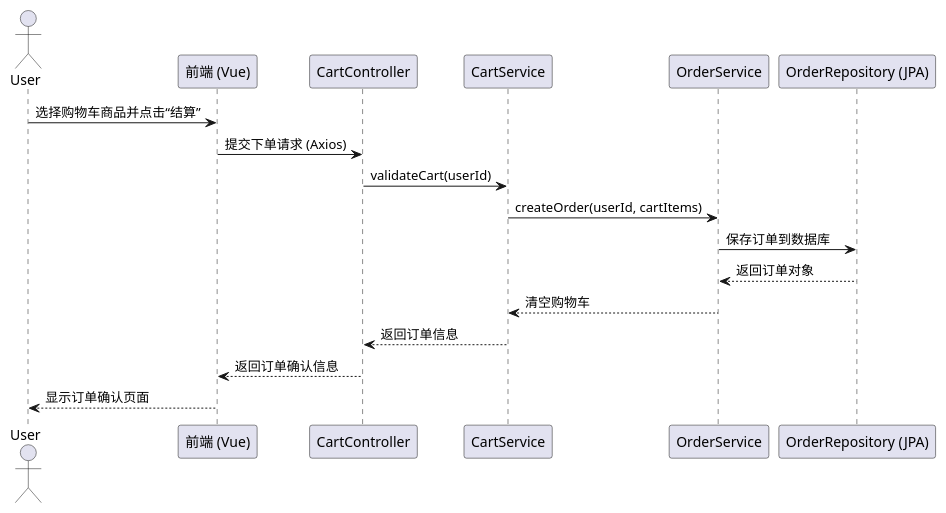
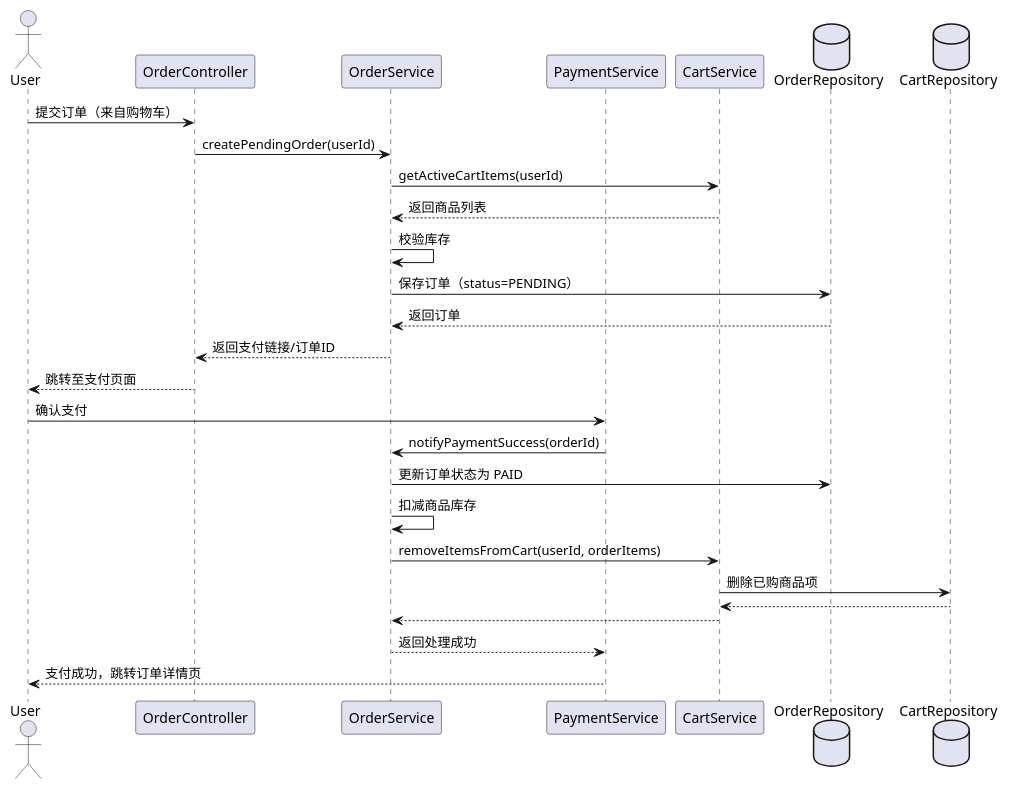
One commit to lyds1018/uml_final_assignment changed the first of 3 diagrams in detailed_design.md. Above: the diagram before and after it, drawn with PlantUML. The commit also changed other lines of this file, not shown here.

````diff
--- a/detailed_design.md
+++ b/detailed_design.md
@@ -31,21 +31,32 @@
 ```plantuml
 @startuml
 actor User
-participant "前端 (Vue)" as Frontend
-participant "CartController" as CartCtrl
-participant "CartService" as CartSvc
-participant "OrderService" as OrderSvc
-participant "OrderRepository (JPA)" as OrderRepo
+participant OrderController
+participant OrderService
+participant PaymentService
+participant CartService
+database OrderRepository
+database CartRepository
 
-User -> Frontend : 选择购物车商品并点击“结算”
-Frontend -> CartCtrl : 提交下单请求 (Axios)
-CartCtrl -> CartSvc : validateCart(userId)
-CartSvc -> OrderSvc : createOrder(userId, cartItems)
-OrderSvc -> OrderRepo : 保存订单到数据库
-OrderRepo --> OrderSvc : 返回订单对象
-OrderSvc --> CartSvc : 清空购物车
-CartSvc --> CartCtrl : 返回订单信息
-CartCtrl --> Frontend : 返回订单确认信息
-Frontend --> User : 显示订单确认页面
+User -> OrderController : 提交订单（来自购物车）
+OrderController -> OrderService : createPendingOrder(userId)
+OrderService -> CartService : getActiveCartItems(userId)
+CartService --> OrderService : 返回商品列表
+OrderService -> OrderService : 校验库存
+OrderService -> OrderRepository : 保存订单（status=PENDING）
+OrderRepository --> OrderService : 返回订单
+OrderService --> OrderController : 返回支付链接/订单ID
+OrderController --> User : 跳转至支付页面
+
+User -> PaymentService : 确认支付
+PaymentService -> OrderService : notifyPaymentSuccess(orderId)
+OrderService -> OrderRepository : 更新订单状态为 PAID
+OrderService -> OrderService : 扣减商品库存
+OrderService -> CartService : removeItemsFromCart(userId, orderItems)
+CartService -> CartRepository : 删除已购商品项
+CartRepository --> CartService : 
+CartService --> OrderService : 
+OrderService --> PaymentService : 返回处理成功
+PaymentService --> User : 支付成功，跳转订单详情页
 @enduml
 ```
````
